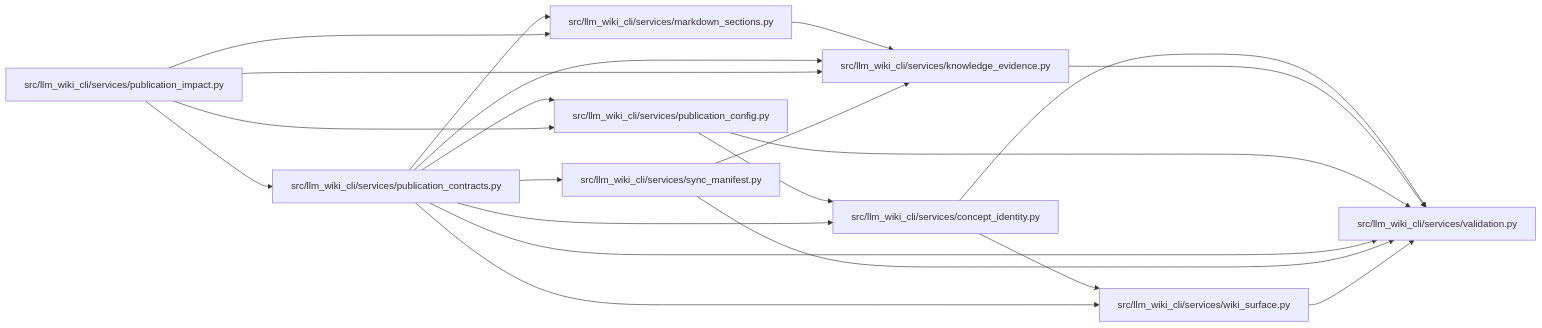
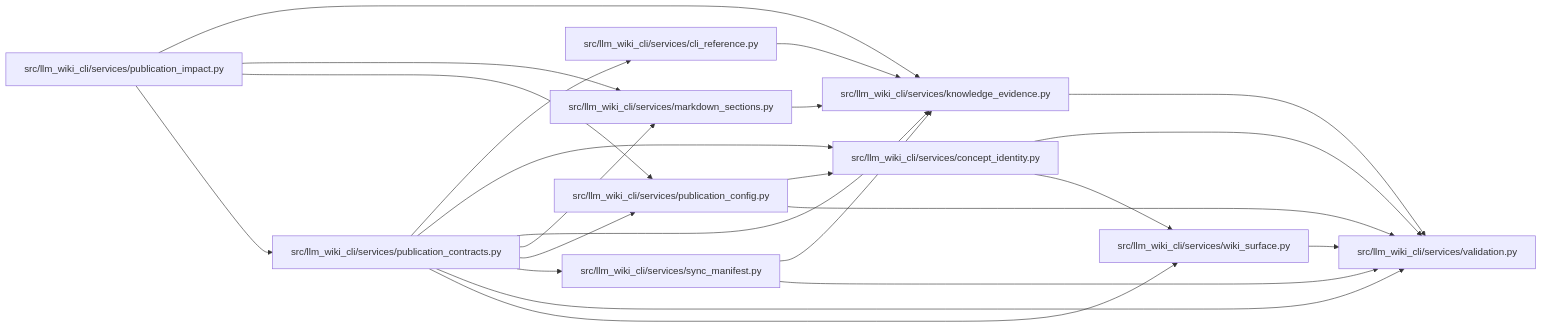
Before and after one commit to Denissvgn/python-wiki-llm: the diagram in docs/llm_wiki/modules/publication_contracts.md, drawn with Mermaid. The commit also changed other lines of this file and 468 other files, not shown here.

Commit message:
feat: add stable CLI reference data to wiki review

````diff
--- a/docs/llm_wiki/modules/publication_contracts.md
+++ b/docs/llm_wiki/modules/publication_contracts.md
@@ -31,41 +32,45 @@
 ```mermaid
 flowchart LR
-    n0["src/llm_wiki_cli/services/concept_identity.py"]
-    n1["src/llm_wiki_cli/services/knowledge_evidence.py"]
-    n2["src/llm_wiki_cli/services/markdown_sections.py"]
-    n3["src/llm_wiki_cli/services/publication_config.py"]
-    n4["src/llm_wiki_cli/services/publication_contracts.py"]
-    n5["src/llm_wiki_cli/services/publication_impact.py"]
-    n6["src/llm_wiki_cli/services/sync_manifest.py"]
-    n7["src/llm_wiki_cli/services/validation.py"]
-    n8["src/llm_wiki_cli/services/wiki_surface.py"]
-    n0 --> n7
-    n0 --> n8
-    n1 --> n7
-    n2 --> n1
-    n3 --> n0
-    n3 --> n7
-    n4 --> n0
+    n0["src/llm_wiki_cli/services/cli_reference.py"]
+    n1["src/llm_wiki_cli/services/concept_identity.py"]
+    n2["src/llm_wiki_cli/services/knowledge_evidence.py"]
+    n3["src/llm_wiki_cli/services/markdown_sections.py"]
+    n4["src/llm_wiki_cli/services/publication_config.py"]
+    n5["src/llm_wiki_cli/services/publication_contracts.py"]
+    n6["src/llm_wiki_cli/services/publication_impact.py"]
+    n7["src/llm_wiki_cli/services/sync_manifest.py"]
+    n8["src/llm_wiki_cli/services/validation.py"]
+    n9["src/llm_wiki_cli/services/wiki_surface.py"]
+    n0 --> n2
+    n1 --> n8
+    n1 --> n9
+    n2 --> n8
+    n3 --> n2
     n4 --> n1
-    n4 --> n2
-    n4 --> n3
-    n4 --> n6
-    n4 --> n7
     n4 --> n8
+    n5 --> n0
     n5 --> n1
     n5 --> n2
     n5 --> n3
     n5 --> n4
-    n6 --> n1
-    n6 --> n7
-    n8 --> n7
-    click n0 "../modules/concept_identity.md"
-    click n1 "../modules/knowledge_evidence.md"
-    click n2 "../modules/markdown_sections.md"
-    click n3 "../modules/publication_config.md"
-    click n4 "../modules/publication_contracts.md"
-    click n5 "../modules/publication_impact.md"
-    click n6 "../modules/sync_manifest.md"
-    click n7 "../modules/validation.md"
-    click n8 "../modules/wiki_surface.md"
+    n5 --> n7
+    n5 --> n8
+    n5 --> n9
+    n6 --> n2
+    n6 --> n3
+    n6 --> n4
+    n6 --> n5
+    n7 --> n2
+    n7 --> n8
+    n9 --> n8
+    click n0 "../modules/cli_reference.md"
+    click n1 "../modules/concept_identity.md"
+    click n2 "../modules/knowledge_evidence.md"
+    click n3 "../modules/markdown_sections.md"
+    click n4 "../modules/publication_config.md"
+    click n5 "../modules/publication_contracts.md"
+    click n6 "../modules/publication_impact.md"
+    click n7 "../modules/sync_manifest.md"
+    click n8 "../modules/validation.md"
+    click n9 "../modules/wiki_surface.md"
 ```
````
